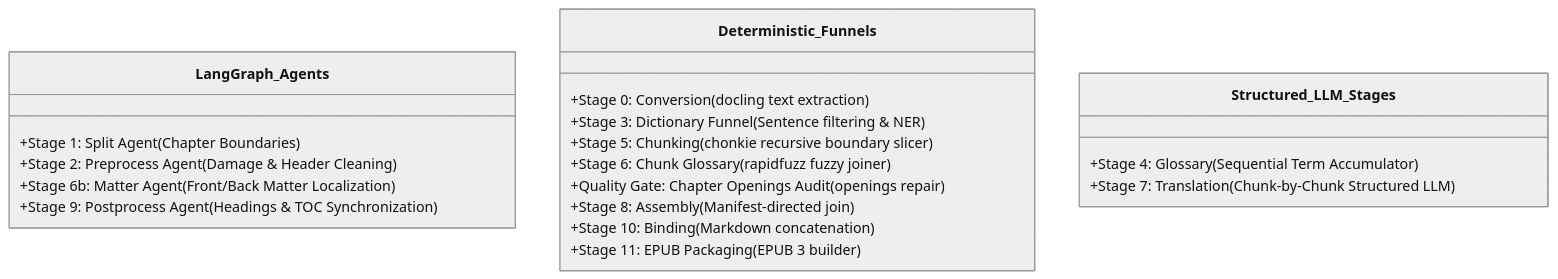
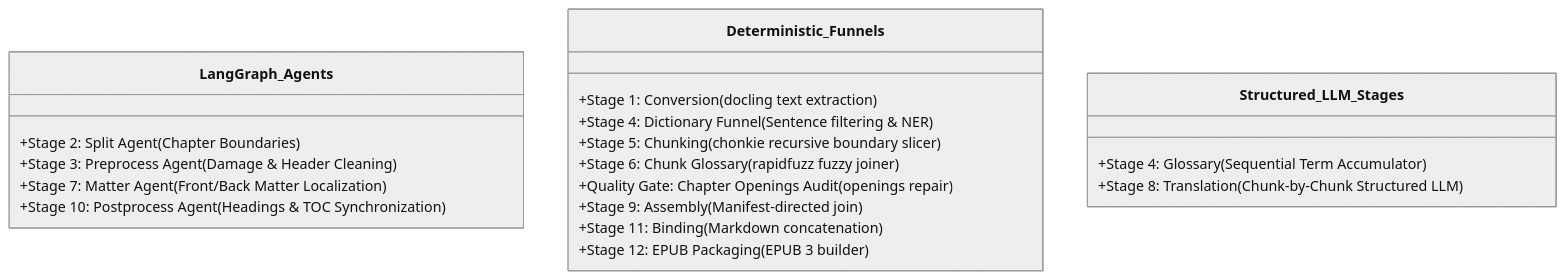
One commit to jovistos/blebel-ai-book-translator changed the second of 2 diagrams in docs/architecture/overview.md. Above: the diagram before and after it, drawn with Mermaid (neutral theme). The commit also changed other lines of this file and 88 other files, not shown here.

````diff
--- a/docs/architecture/overview.md
+++ b/docs/architecture/overview.md
@@ -95,25 +95,25 @@
 ```mermaid
 classDiagram
     class LangGraph_Agents {
-        +Stage 1: Split Agent (Chapter Boundaries)
-        +Stage 2: Preprocess Agent (Damage & Header Cleaning)
-        +Stage 6b: Matter Agent (Front/Back Matter Localization)
-        +Stage 9: Postprocess Agent (Headings & TOC Synchronization)
+        +Stage 2: Split Agent (Chapter Boundaries)
+        +Stage 3: Preprocess Agent (Damage & Header Cleaning)
+        +Stage 7: Matter Agent (Front/Back Matter Localization)
+        +Stage 10: Postprocess Agent (Headings & TOC Synchronization)
     }
 
     class Deterministic_Funnels {
-        +Stage 0: Conversion (docling text extraction)
-        +Stage 3: Dictionary Funnel (Sentence filtering & NER)
+        +Stage 1: Conversion (docling text extraction)
+        +Stage 4: Dictionary Funnel (Sentence filtering & NER)
         +Stage 5: Chunking (chonkie recursive boundary slicer)
         +Stage 6: Chunk Glossary (rapidfuzz fuzzy joiner)
         +Quality Gate: Chapter Openings Audit (openings repair)
-        +Stage 8: Assembly (Manifest-directed join)
-        +Stage 10: Binding (Markdown concatenation)
-        +Stage 11: EPUB Packaging (EPUB 3 builder)
+        +Stage 9: Assembly (Manifest-directed join)
+        +Stage 11: Binding (Markdown concatenation)
+        +Stage 12: EPUB Packaging (EPUB 3 builder)
     }
 
     class Structured_LLM_Stages {
         +Stage 4: Glossary (Sequential Term Accumulator)
-        +Stage 7: Translation (Chunk-by-Chunk Structured LLM)
+        +Stage 8: Translation (Chunk-by-Chunk Structured LLM)
     }
 ```
````
